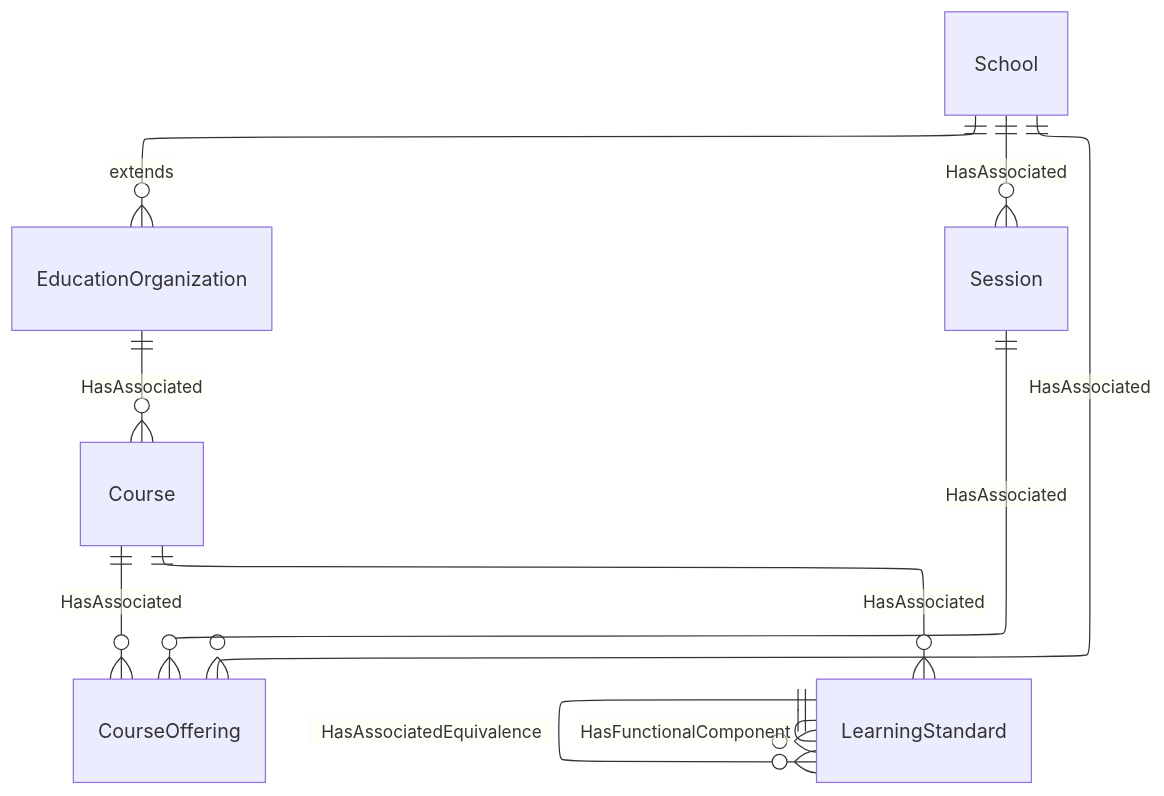
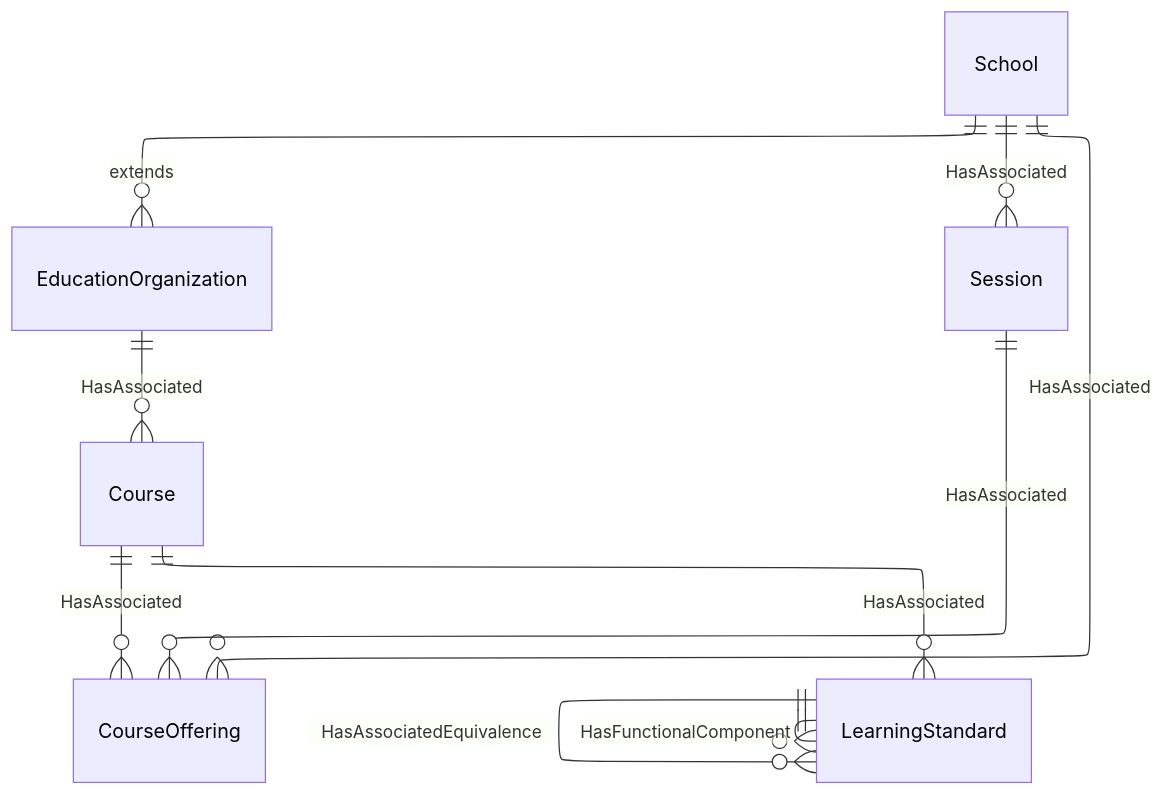
One commit to Ed-Fi-Alliance-OSS/ed-fi-alliance-oss.github.io changed the second of 3 diagrams in dataStandard_versioned_docs/version-6/model-reference/teaching-and-learning-domain/model-diagrams.md. Above: the diagram before and after it, drawn with Mermaid. The commit also changed other lines of this file and 24 other files, not shown here.

````diff
--- a/dataStandard_versioned_docs/version-6/model-reference/teaching-and-learning-domain/model-diagrams.md
+++ b/dataStandard_versioned_docs/version-6/model-reference/teaching-and-learning-domain/model-diagrams.md
@@ -101,31 +120,37 @@
 ```mermaid
 ---
 
 config:
   layout: elk
 ---
 
 erDiagram
     EducationOrganization {
     }
     School {
     }
     Session {
     }
     Course {
     }
     CourseOffering {
     }
     LearningStandard {
     }
 
     School ||--o{ EducationOrganization : "extends"
     EducationOrganization ||--o{ Course : "HasAssociated"
     School ||--o{ Session : "HasAssociated"
     School ||--o{ CourseOffering : "HasAssociated"
     Session ||--o{ CourseOffering : "HasAssociated"
     Course ||--o{ CourseOffering : "HasAssociated"
     Course ||--o{ LearningStandard : "HasAssociated"
     LearningStandard ||--o{ LearningStandard : "HasFunctionalComponent"
     LearningStandard ||--o{ LearningStandard : "HasAssociatedEquivalence"
+    style EducationOrganization color:#000000
+    style School color:#000000
+    style Session color:#000000
+    style Course color:#000000
+    style CourseOffering color:#000000
+    style LearningStandard color:#000000
 ```
````
